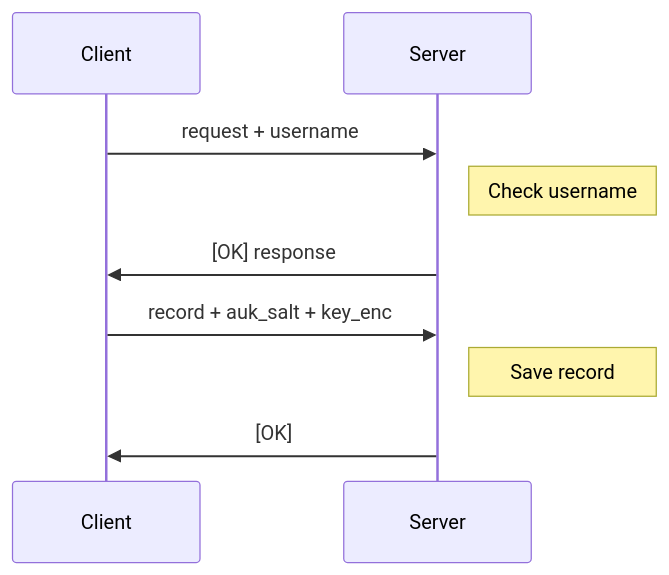
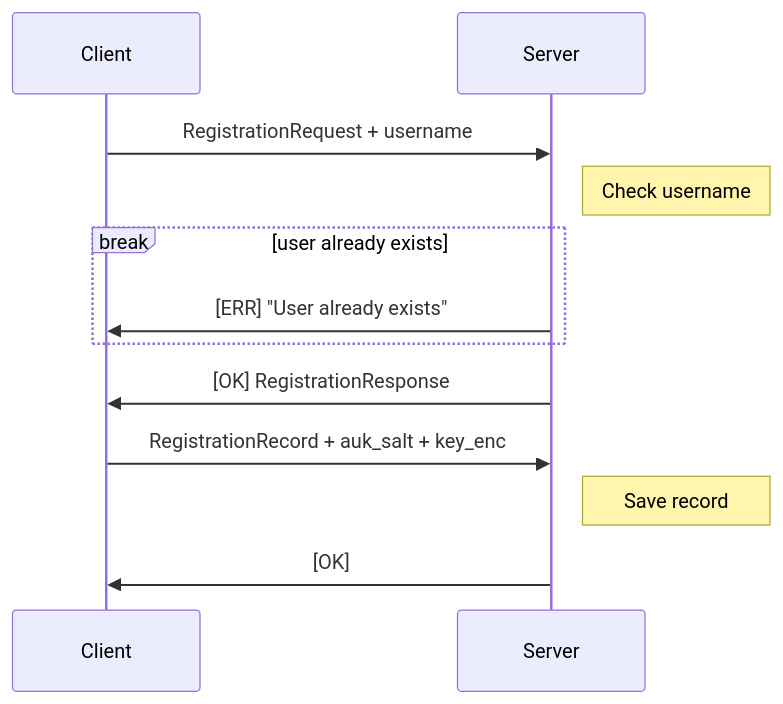
Before and after one commit to PhotonicGluon/Excalibur: the third of 3 diagrams in website/docs/server-api/authentication/register.mdx, drawn with Mermaid. The commit also changed other lines of this file and 3 other files, not shown here.

Commit message:
Update OPAQUE registration documentation

````diff
--- a/website/docs/server-api/authentication/register.mdx
+++ b/website/docs/server-api/authentication/register.mdx
@@ -17,12 +95,16 @@
 ```mermaid
 sequenceDiagram
     participant C as Client
     participant S as Server
 
-    C->>S: request + username
+    % OPAQUE-3DH Registration
+    C->>S: RegistrationRequest + username
     Note right of S: Check username
-    S->>C: [OK] response
-    C->>S: record + auk_salt + key_enc
+    break user already exists
+        S->>C: [ERR] "User already exists"
+    end
+    S->>C: [OK] RegistrationResponse
+    C->>S: RegistrationRecord + auk_salt + key_enc
     Note right of S: Save record
     S->>C: [OK]
 ```
````
